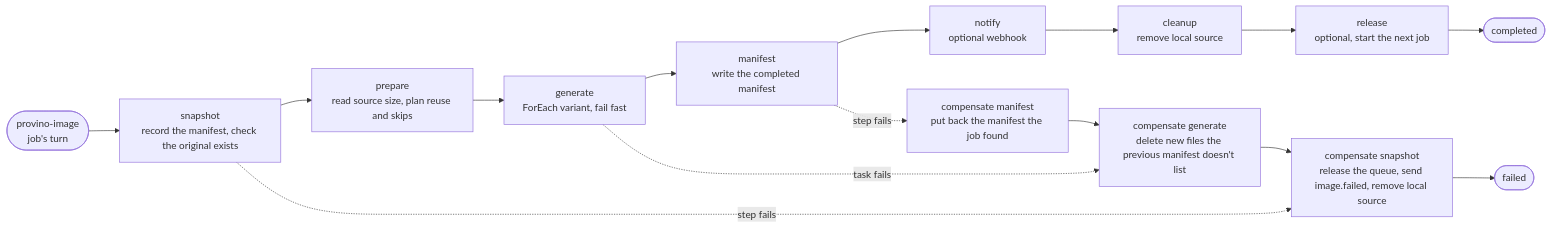
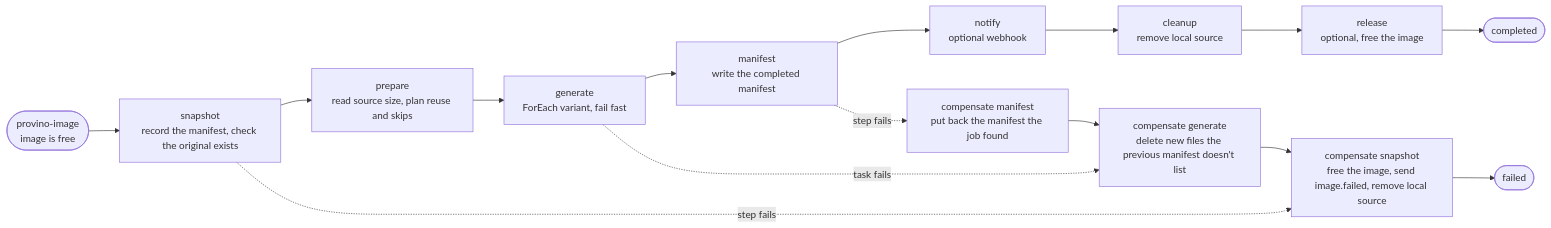
The diagram in internal/actors/README.md (ItalyPaleAle/provino), drawn with Mermaid before and after one commit. The commit also changed other lines of this file and 37 other files, not shown here.

````diff
--- a/internal/actors/README.md
+++ b/internal/actors/README.md
@@ -36,17 +34,17 @@
 ```mermaid
 flowchart LR
-    QUEUE(["provino-image<br/>job's turn"]) --> SNAPSHOT
+    START(["provino-image<br/>image is free"]) --> SNAPSHOT
     SNAPSHOT["snapshot<br/>record the manifest, check the original exists"] --> PREPARE
     PREPARE["prepare<br/>read source size, plan reuse and skips"] --> GENERATE
     GENERATE["generate<br/>ForEach variant, fail fast"] --> MANIFEST
     MANIFEST["manifest<br/>write the completed manifest"] --> NOTIFY
     NOTIFY["notify<br/>optional webhook"] --> CLEANUP
     CLEANUP["cleanup<br/>remove local source"] --> RELEASE
-    RELEASE["release<br/>optional, start the next job"] --> DONE(["completed"])
+    RELEASE["release<br/>optional, free the image"] --> DONE(["completed"])
     GENERATE -. task fails .-> UNDO_GENERATE["compensate generate<br/>delete new files the previous manifest doesn't list"]
     MANIFEST -. step fails .-> UNDO_MANIFEST["compensate manifest<br/>put back the manifest the job found"]
     UNDO_MANIFEST --> UNDO_GENERATE
-    UNDO_GENERATE --> UNDO_SNAPSHOT["compensate snapshot<br/>release the queue, send image.failed, remove local source"]
+    UNDO_GENERATE --> UNDO_SNAPSHOT["compensate snapshot<br/>free the image, send image.failed, remove local source"]
     SNAPSHOT -. step fails .-> UNDO_SNAPSHOT
     UNDO_SNAPSHOT --> FAILED(["failed"])
 ```
````
